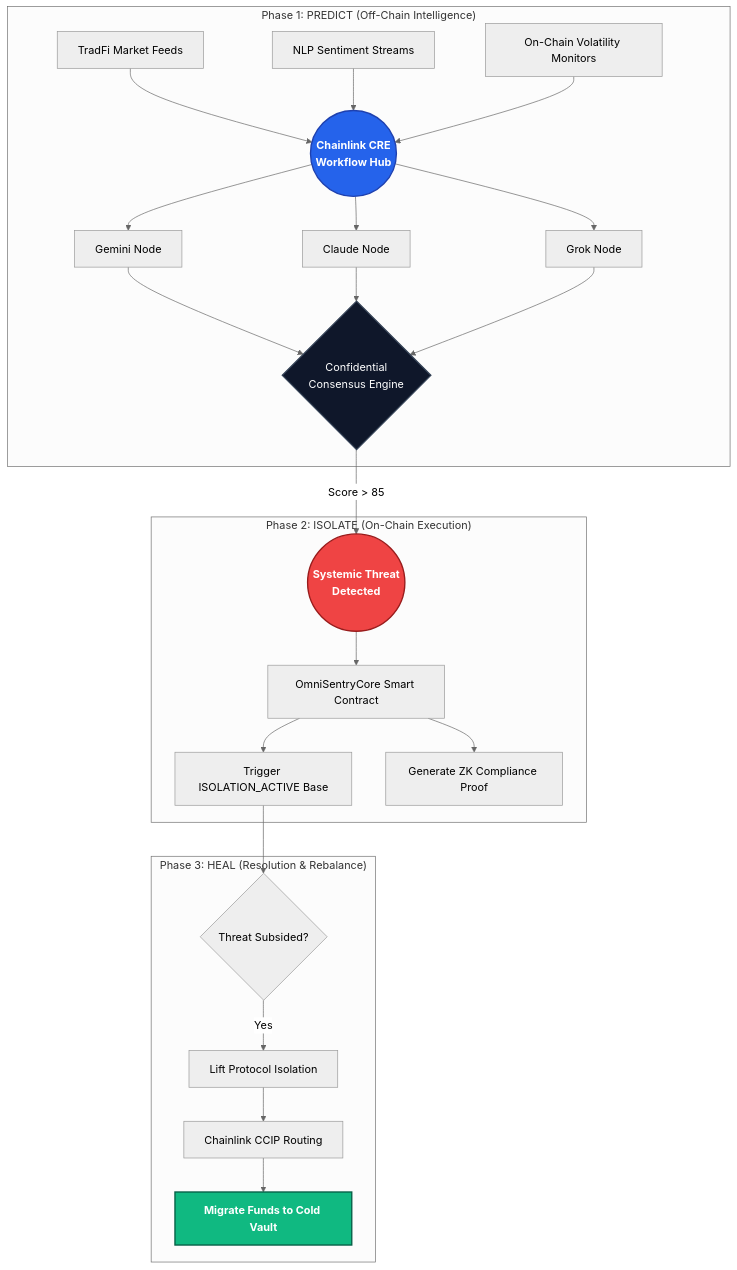
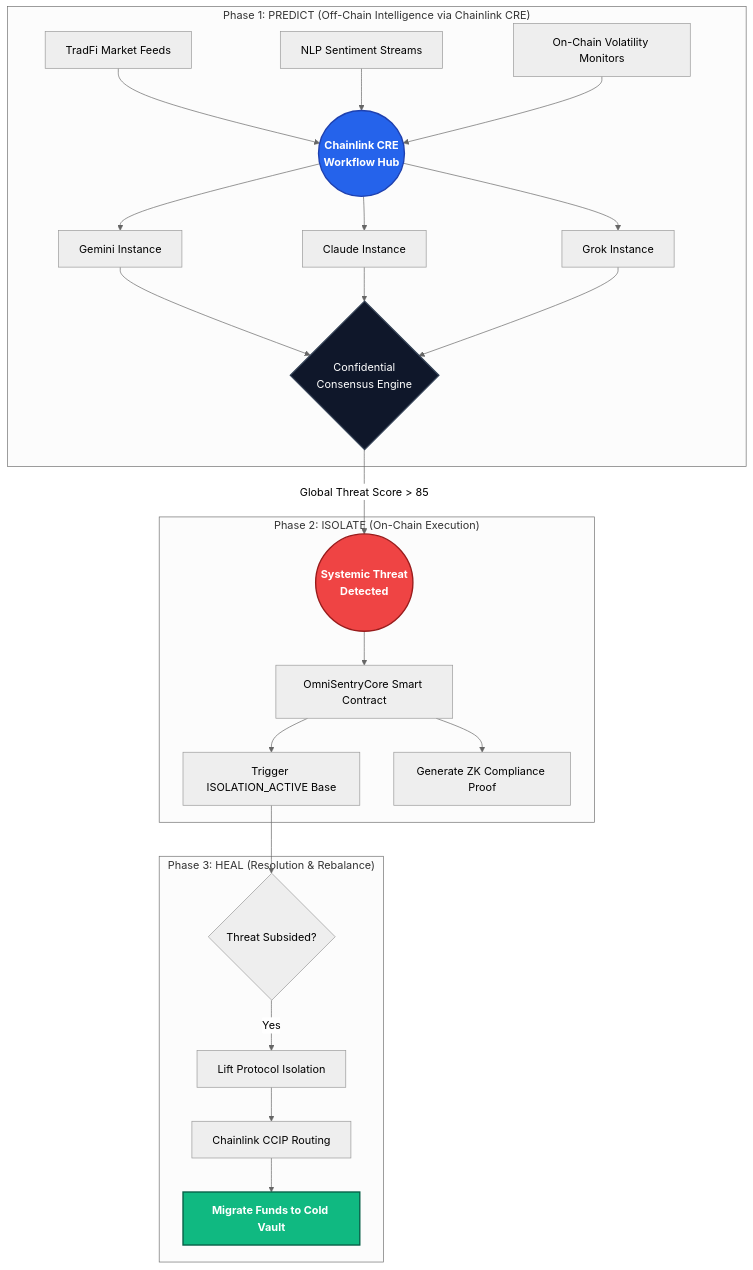
One commit to Aaditya1273/SYNAPSE changed the first of 2 diagrams in README.md. Above: the diagram before and after it, drawn with Mermaid (neutral theme). The commit also changed other lines of this file, not shown here.

````diff
--- a/README.md
+++ b/README.md
@@ -42,35 +48,36 @@
 ```mermaid
 graph TD
     classDef primary fill:#2563EB,stroke:#1E40AF,stroke-width:2px,color:#fff,font-weight:bold;
     classDef secondary fill:#0F172A,stroke:#334155,stroke-width:2px,color:#fff;
     classDef warning fill:#EF4444,stroke:#991B1B,stroke-width:2px,color:#fff,font-weight:bold;
     classDef success fill:#10B981,stroke:#065F46,stroke-width:2px,color:#fff,font-weight:bold;
 
-    subgraph "Phase 1: PREDICT (Off-Chain Intelligence)"
+    subgraph "Phase 1: PREDICT (Off-Chain Intelligence via Chainlink CRE)"
         A1[TradFi Market Feeds] --> CRE
         A2[NLP Sentiment Streams] --> CRE
         A3[On-Chain Volatility Monitors] --> CRE
         
         CRE((Chainlink CRE<br/>Workflow Hub)):::primary
         
-        CRE --> AI1[Gemini Node]
-        CRE --> AI2[Claude Node]
-        CRE --> AI3[Grok Node]
+        CRE --> AI1[Gemini Instance]
+        CRE --> AI2[Claude Instance]
+        CRE --> AI3[Grok Instance]
         
         AI1 & AI2 & AI3 --> CONSENSUS{Confidential<br/>Consensus Engine}:::secondary
     end
 
     subgraph "Phase 2: ISOLATE (On-Chain Execution)"
-        CONSENSUS -- Score > 85 --> ALERT((Systemic Threat<br/>Detected)):::warning
+        CONSENSUS -- Global Threat Score > 85 --> ALERT((Systemic Threat<br/>Detected)):::warning
         ALERT --> CC[OmniSentryCore Smart Contract]
         CC --> PAUSE[Trigger ISOLATION_ACTIVE Base]
         CC --> ZKP[Generate ZK Compliance Proof]
     end
 
     subgraph "Phase 3: HEAL (Resolution & Rebalance)"
         PAUSE --> RECOVERY{Threat Subsided?}
         RECOVERY -- Yes --> UNPAUSE[Lift Protocol Isolation]
         UNPAUSE --> CCIP[Chainlink CCIP Routing]
         CCIP --> SAFE[Migrate Funds to Cold Vault]:::success
     end
+
 ```
````
